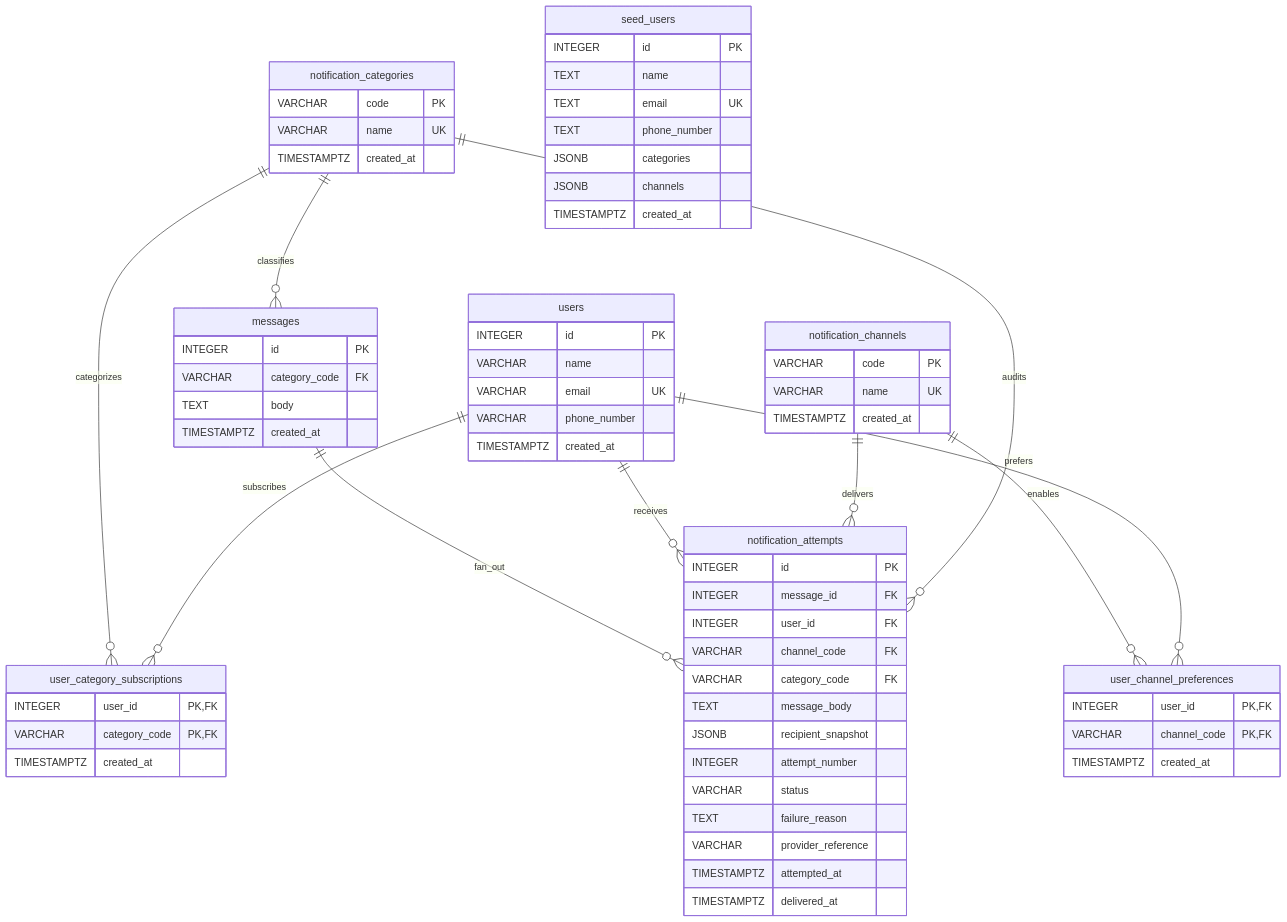
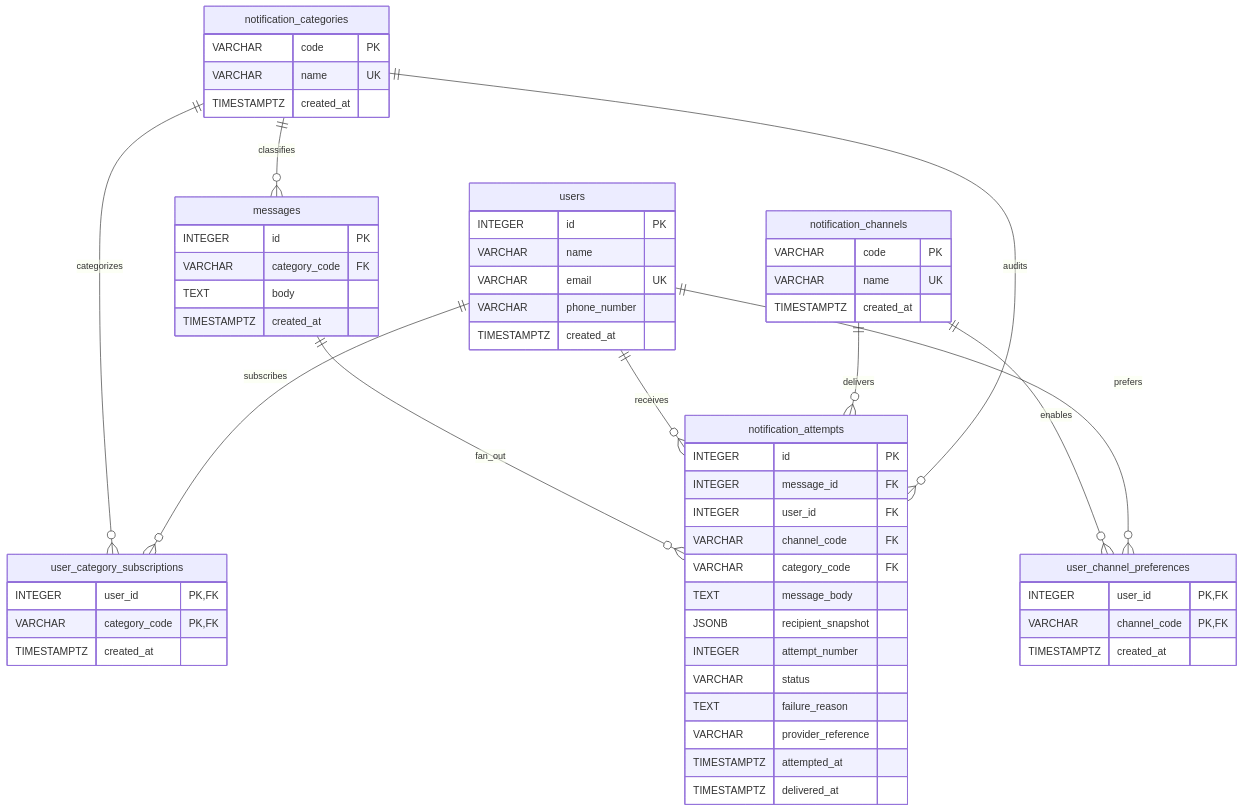
One commit to guluarte/notification-challenge changed the diagram in README.md. Above: the diagram before and after it, drawn with Mermaid. The commit also changed other lines of this file and 11 other files, not shown here.

````diff
--- a/README.md
+++ b/README.md
@@ -113,70 +115,61 @@
 ```mermaid
 erDiagram
     notification_categories {
         VARCHAR code PK
         VARCHAR name UK
         TIMESTAMPTZ created_at
     }
     notification_channels {
         VARCHAR code PK
         VARCHAR name UK
         TIMESTAMPTZ created_at
     }
     users {
         INTEGER id PK
         VARCHAR name
         VARCHAR email UK
         VARCHAR phone_number
         TIMESTAMPTZ created_at
     }
     user_category_subscriptions {
         INTEGER user_id PK, FK
         VARCHAR category_code PK, FK
         TIMESTAMPTZ created_at
     }
     user_channel_preferences {
         INTEGER user_id PK, FK
         VARCHAR channel_code PK, FK
         TIMESTAMPTZ created_at
     }
     messages {
         INTEGER id PK
         VARCHAR category_code FK
         TEXT body
         TIMESTAMPTZ created_at
     }
     notification_attempts {
         INTEGER id PK
         INTEGER message_id FK
         INTEGER user_id FK
         VARCHAR channel_code FK
         VARCHAR category_code FK
         TEXT message_body
         JSONB recipient_snapshot
         INTEGER attempt_number
         VARCHAR status
         TEXT failure_reason
         VARCHAR provider_reference
         TIMESTAMPTZ attempted_at
         TIMESTAMPTZ delivered_at
     }
-    seed_users {
-        INTEGER id PK
-        TEXT name
-        TEXT email UK
-        TEXT phone_number
-        JSONB categories
-        JSONB channels
-        TIMESTAMPTZ created_at
-    }
 
     notification_categories ||--o{ user_category_subscriptions : categorizes
     users ||--o{ user_category_subscriptions : subscribes
     notification_channels ||--o{ user_channel_preferences : enables
     users ||--o{ user_channel_preferences : prefers
     notification_categories ||--o{ messages : classifies
     messages ||--o{ notification_attempts : fan_out
     users ||--o{ notification_attempts : receives
     notification_channels ||--o{ notification_attempts : delivers
     notification_categories ||--o{ notification_attempts : audits
 ```
````
